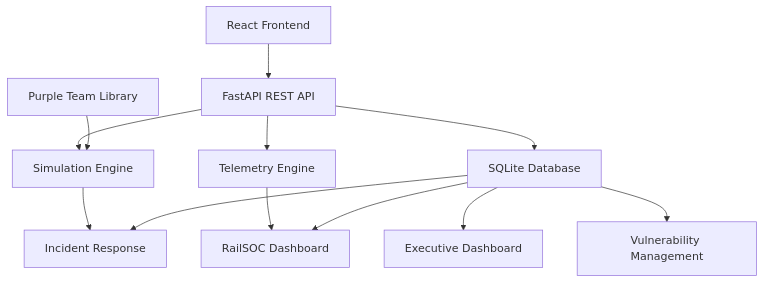
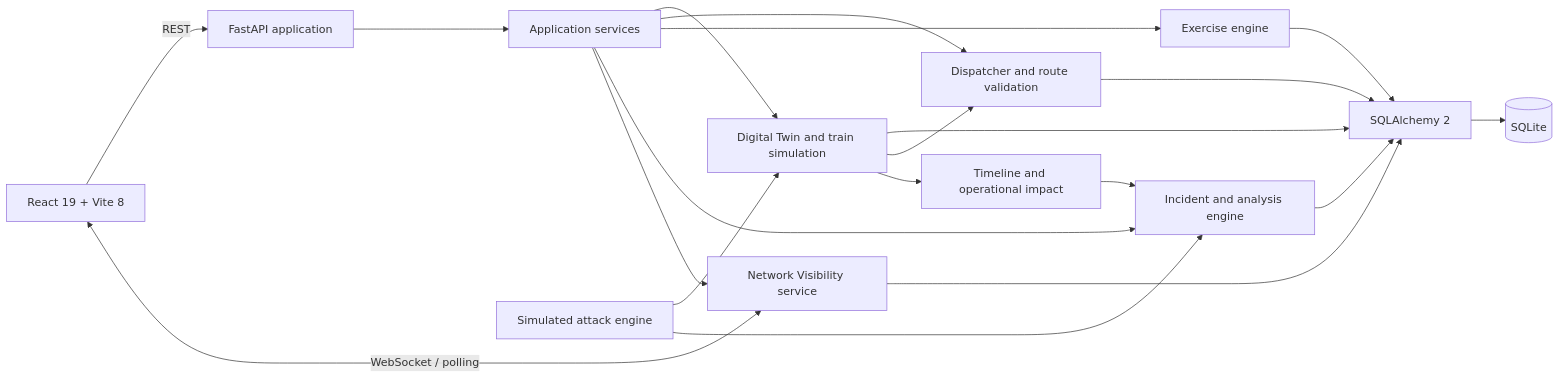
One commit to rustykleather-ux/RailSOC-Cyber-Defense-Platform changed the diagram in README.md. Above: the diagram before and after it, drawn with Mermaid. The commit also changed other lines of this file and 31 other files, not shown here.

````diff
--- a/README.md
+++ b/README.md
@@ -983,45 +122,23 @@
 ```mermaid
-flowchart TD
+flowchart LR
+    UI[React 19 + Vite 8] -->|REST| API[FastAPI application]
+    UI <-->|WebSocket / polling| NET[Network Visibility service]
+    API --> CORE[Application services]
+    CORE --> DT[Digital Twin and train simulation]
+    CORE --> DSP[Dispatcher and route validation]
+    CORE --> EX[Exercise engine]
+    CORE --> IR[Incident and analysis engine]
+    CORE --> NET
+    DT --> ORM[SQLAlchemy 2]
+    DSP --> ORM
+    EX --> ORM
+    IR --> ORM
+    NET --> ORM
+    ORM --> DB[(SQLite)]
 
-A[React Frontend]
-
-B[FastAPI REST API]
-
-C[Simulation Engine]
-
-D[Telemetry Engine]
-
-E[SQLite Database]
-
-F[Executive Dashboard]
-
-G[RailSOC Dashboard]
-
-H[Purple Team Library]
-
-I[Incident Response]
-
-J[Vulnerability Management]
-
-A --> B
-
-B --> C
-
-B --> D
-
-B --> E
-
-C --> I
-
-D --> G
-
-E --> F
-
-E --> G
-
-E --> I
-
-E --> J
-
-H --> C
+    ATTACK[Simulated attack engine] --> DT
+    ATTACK --> IR
+    DT --> DSP
+    DT --> IMPACT[Timeline and operational impact]
+    IMPACT --> IR
 ```
````
